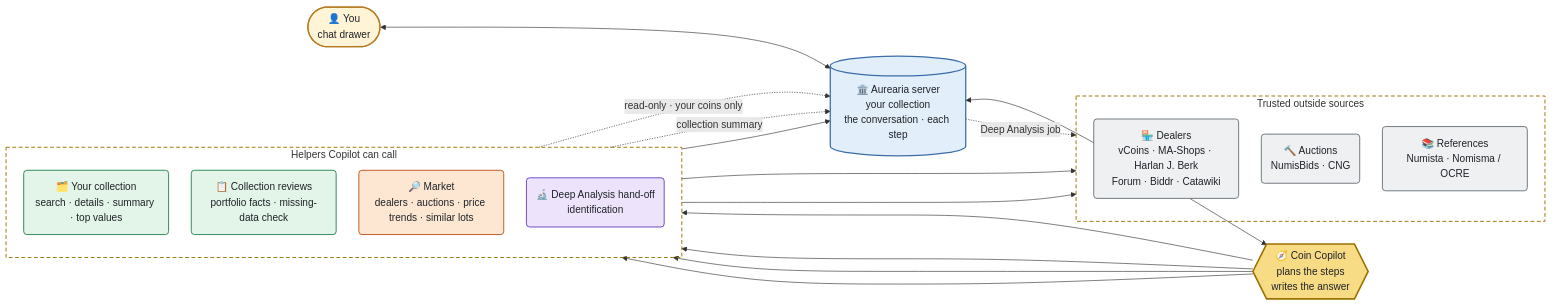
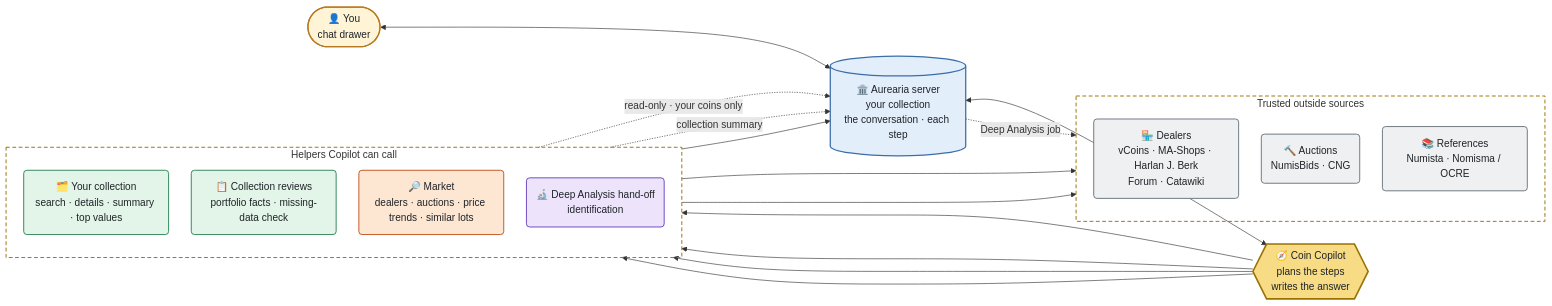
The first of 5 diagrams in docs/features/how-coin-copilot-works.md (briandenicola/Aurearia), drawn with Mermaid before and after one commit. The commit also changed other lines of this file and 26 other files, not shown here.

````diff
--- a/docs/features/how-coin-copilot-works.md
+++ b/docs/features/how-coin-copilot-works.md
@@ -39,42 +39,42 @@
 ```mermaid
 %%{init: {"flowchart": {"curve": "basis", "nodeSpacing": 36, "rankSpacing": 48}}}%%
 flowchart LR
     You(["👤 You<br/>chat drawer"]):::person
     App[("🏛️ Aurearia server<br/>your collection<br/>the conversation · each step")]:::server
     Copilot{{"🧭 Coin Copilot<br/>plans the steps<br/>writes the answer"}}:::copilot
 
     subgraph Helpers["Helpers Copilot can call"]
         direction TB
         H1("🗂️ Your collection<br/>search · details · summary · top values"):::collection
         H2("📋 Collection reviews<br/>portfolio facts · missing-data check"):::collection
         H3("🔎 Market<br/>dealers · auctions · price trends · similar lots"):::market
         H4("🔬 Deep Analysis hand-off<br/>identification"):::identify
     end
 
     subgraph Outside["Trusted outside sources"]
         direction TB
-        D("🏪 Dealers<br/>vCoins · MA-Shops · Harlan J. Berk<br/>Forum · Biddr · Catawiki"):::outside
+        D("🏪 Dealers<br/>vCoins · MA-Shops · Harlan J. Berk<br/>Forum · Catawiki"):::outside
         A("🔨 Auctions<br/>NumisBids · CNG"):::outside
         R("📚 References<br/>Numista · Nomisma / OCRE"):::outside
     end
 
     You <--> App
     App <--> Copilot
     Copilot --> H1 & H2 & H3 & H4
     H1 -. "read-only · your coins only" .-> App
     H2 -. "collection summary" .-> App
     H3 --> D & A
     H4 --> App
     App -. "Deep Analysis job" .-> R
 
     classDef person fill:#fff4d6,stroke:#b7791f,stroke-width:2px,color:#1f2328
     classDef server fill:#e3eefb,stroke:#3b6ea8,stroke-width:2px,color:#1f2328
     classDef copilot fill:#f7dc85,stroke:#9a7200,stroke-width:2.5px,color:#1f2328
     classDef collection fill:#e3f4e8,stroke:#2f855a,stroke-width:1.5px,color:#1f2328
     classDef market fill:#fde7d3,stroke:#c05621,stroke-width:1.5px,color:#1f2328
     classDef identify fill:#ede4fb,stroke:#6b46c1,stroke-width:1.5px,color:#1f2328
     classDef outside fill:#eef0f2,stroke:#6c757d,stroke-width:1.5px,color:#1f2328
     classDef decision fill:#fff4d6,stroke:#b7791f,stroke-width:2px,color:#1f2328
     style Helpers fill:none,stroke:#9a7200,stroke-width:1.5px,stroke-dasharray:6 4
     style Outside fill:none,stroke:#9a7200,stroke-width:1.5px,stroke-dasharray:6 4
 ```
````
